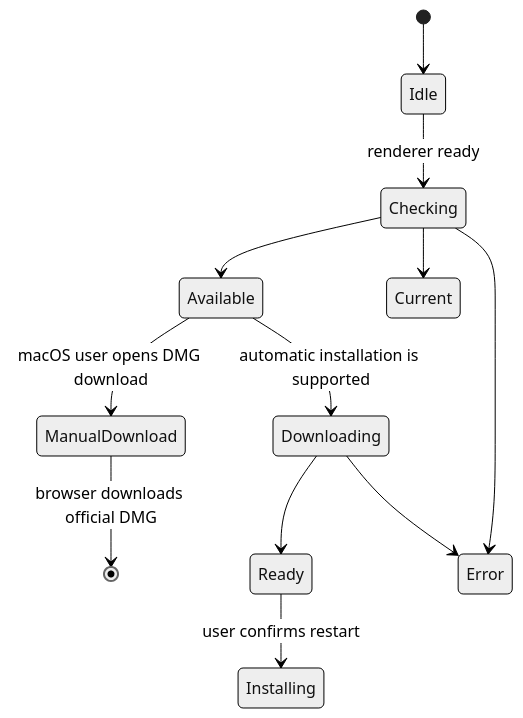
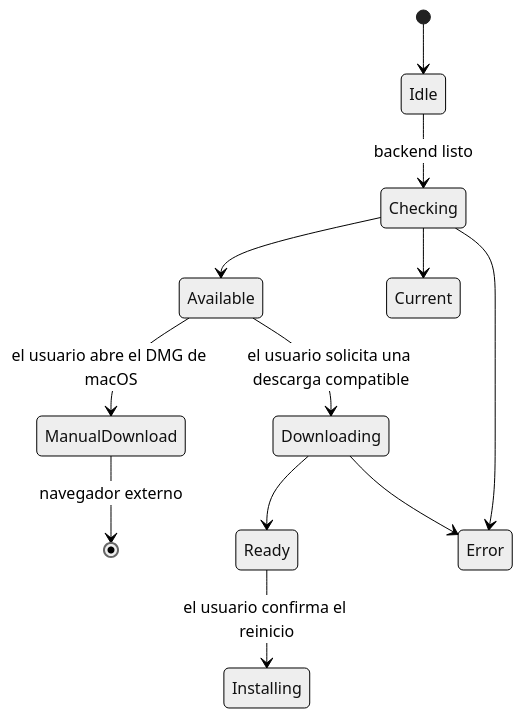
Before and after one commit to ismigar/Gnosi: the diagram in docs/engineering-es/domains/desktop-clients.md, drawn with Mermaid (neutral theme). The commit also changed other lines of this file and 6 other files, not shown here.

````diff
--- a/docs/engineering-es/domains/desktop-clients.md
+++ b/docs/engineering-es/domains/desktop-clients.md
@@ -161,14 +216,14 @@
 ```mermaid
 stateDiagram-v2
     [*] --> Idle
-    Idle --> Checking: renderer ready
+    Idle --> Checking: backend listo
     Checking --> Available
     Checking --> Current
     Checking --> Error
-    Available --> ManualDownload: macOS user opens DMG download
-    Available --> Downloading: automatic installation is supported
-    ManualDownload --> [*]: browser downloads official DMG
+    Available --> ManualDownload: el usuario abre el DMG de macOS
+    Available --> Downloading: el usuario solicita una descarga compatible
+    ManualDownload --> [*]: navegador externo
     Downloading --> Ready
     Downloading --> Error
-    Ready --> Installing: user confirms restart
+    Ready --> Installing: el usuario confirma el reinicio
 ```
````
